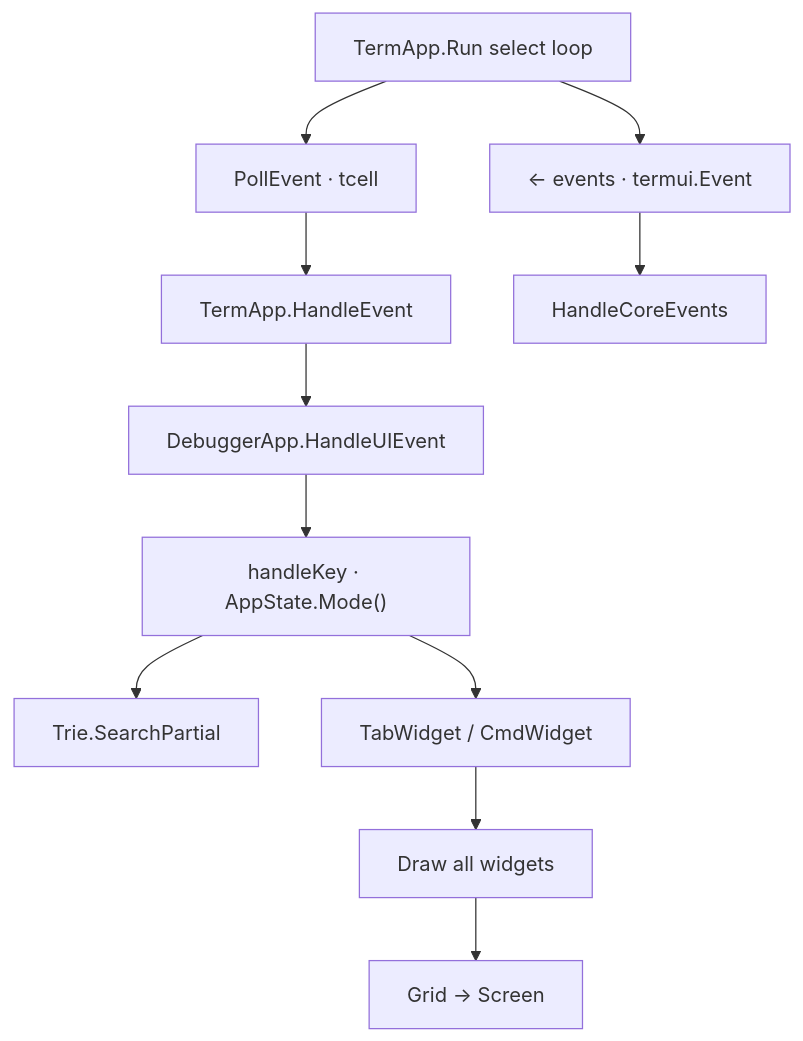
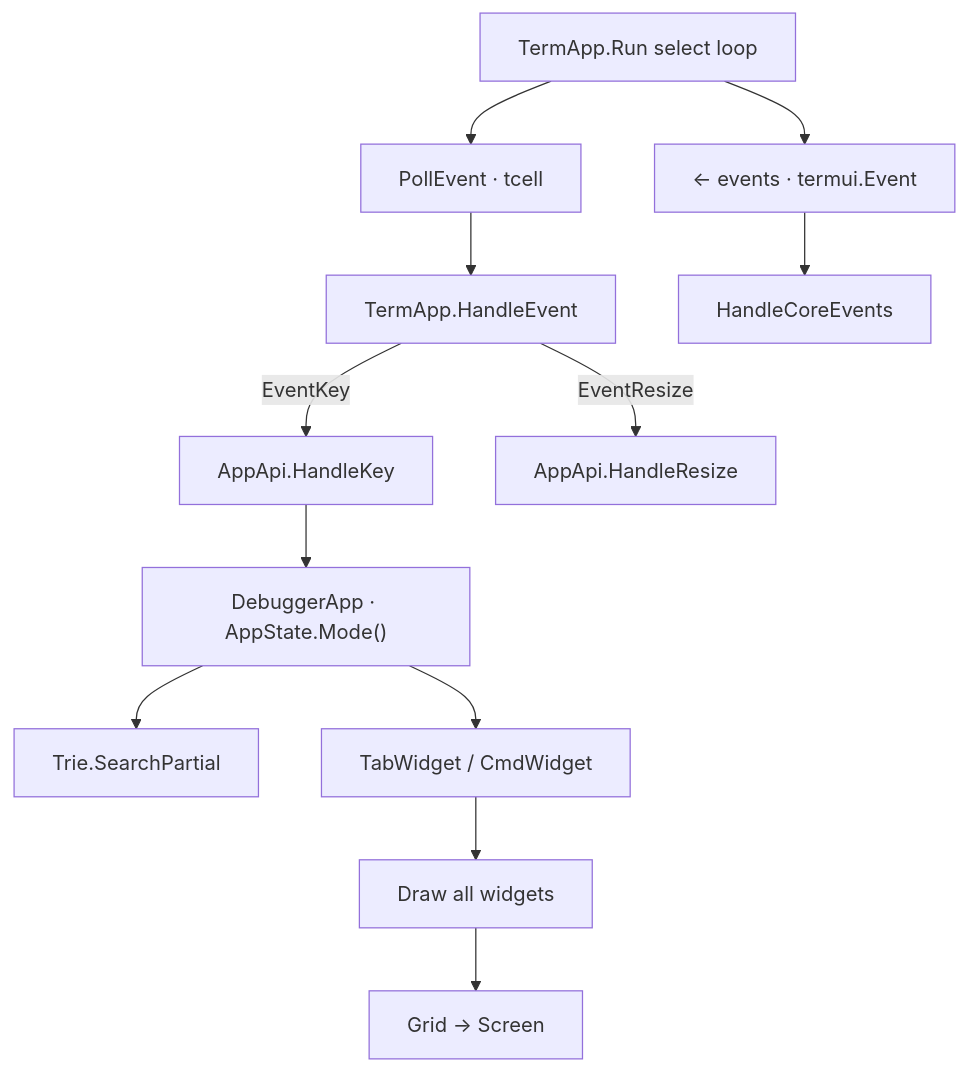
The sixth of 7 diagrams in docs/UI_ARCHITECTURE.md (yairgd/gdbforge), drawn with Mermaid before and after one commit. The commit also changed other lines of this file and 11 other files, not shown here.

````diff
--- a/docs/UI_ARCHITECTURE.md
+++ b/docs/UI_ARCHITECTURE.md
@@ -373,21 +374,24 @@
 ```mermaid
 flowchart TB
     Select["TermApp.Run select loop"]
     Poll["PollEvent · tcell"]
     Bus["<- events · termui.Event"]
     TermHandler["TermApp.HandleEvent"]
-    UI["DebuggerApp.HandleUIEvent"]
-    Router["handleKey · AppState.Mode()"]
+    HandleKey["AppApi.HandleKey"]
+    HandleResize["AppApi.HandleResize"]
+    Router["DebuggerApp · AppState.Mode()"]
     Trie["Trie.SearchPartial"]
     Widgets["TabWidget / CmdWidget"]
     Core["HandleCoreEvents"]
     Draw["Draw all widgets"]
     Flush["Grid → Screen"]
 
     Select --> Poll
     Select --> Bus
-    Poll --> TermHandler --> UI --> Router
+    Poll --> TermHandler
+    TermHandler -->|"EventKey"| HandleKey --> Router
+    TermHandler -->|"EventResize"| HandleResize
     Router --> Trie
     Router --> Widgets --> Draw --> Flush
     Bus --> Core
 ```
````
